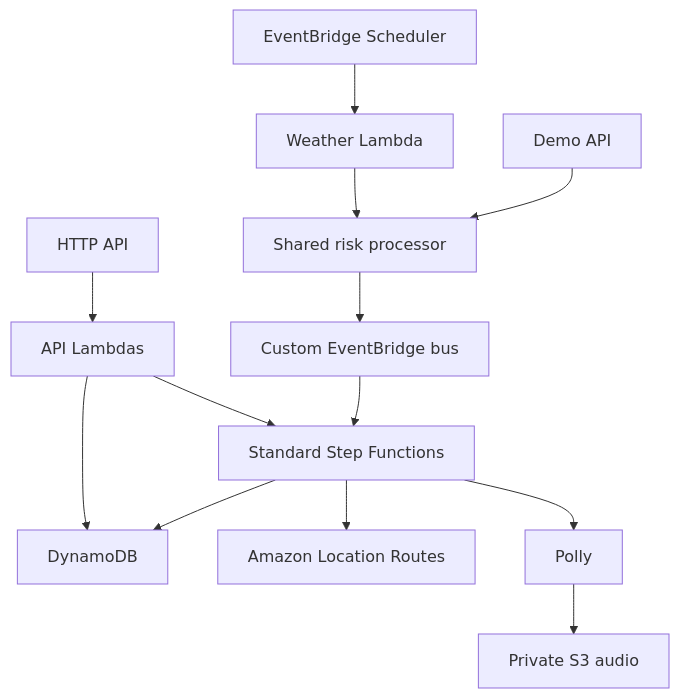
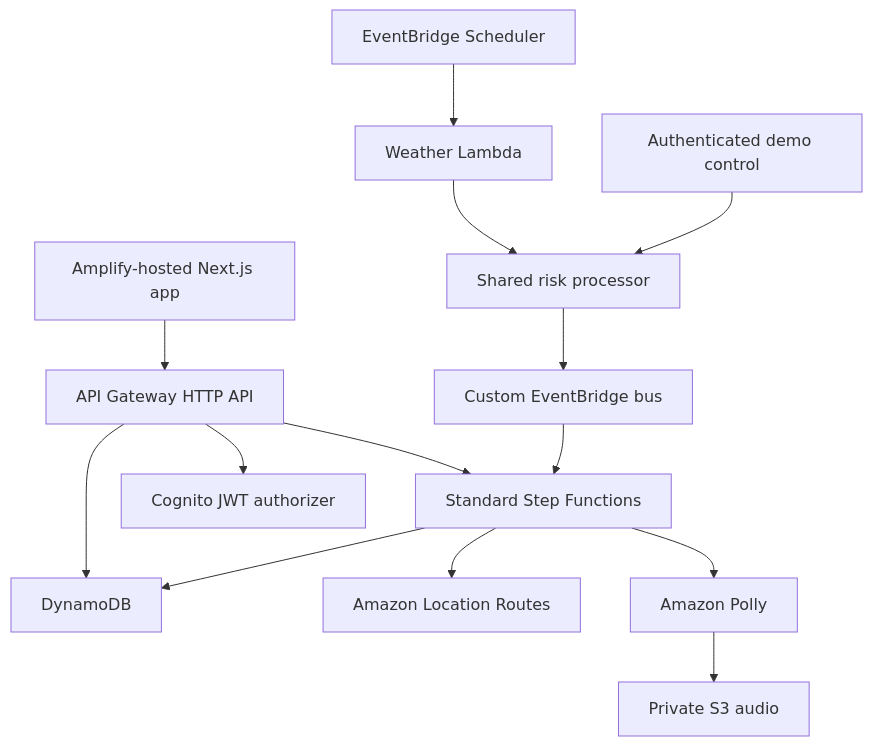
One commit to abhinav0singh/TapSaathi changed the diagram in README.md. Above: the diagram before and after it, drawn with Mermaid. The commit also changed other lines of this file and 5 other files, not shown here.

````diff
--- a/README.md
+++ b/README.md
@@ -27,15 +25,16 @@
 ```mermaid
 flowchart TD
     A[EventBridge Scheduler] --> B[Weather Lambda]
-    C[Demo API] --> D[Shared risk processor]
+    C[Authenticated demo control] --> D[Shared risk processor]
     B --> D
     D --> E[Custom EventBridge bus]
     E --> F[Standard Step Functions]
     F --> G[DynamoDB]
     F --> H[Amazon Location Routes]
-    F --> I[Polly]
+    F --> I[Amazon Polly]
     I --> J[Private S3 audio]
-    K[HTTP API] --> L[API Lambdas]
+    K[Amplify-hosted Next.js app] --> L[API Gateway HTTP API]
+    L --> M[Cognito JWT authorizer]
     L --> G
     L --> F
 ```
````
